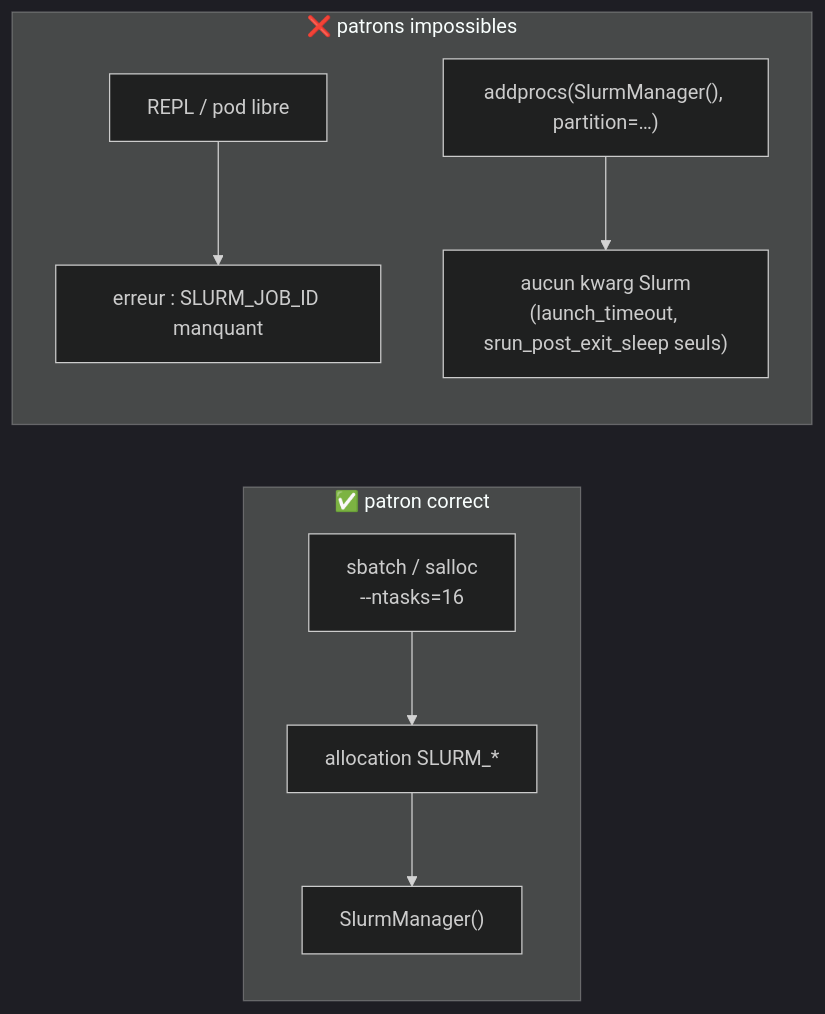
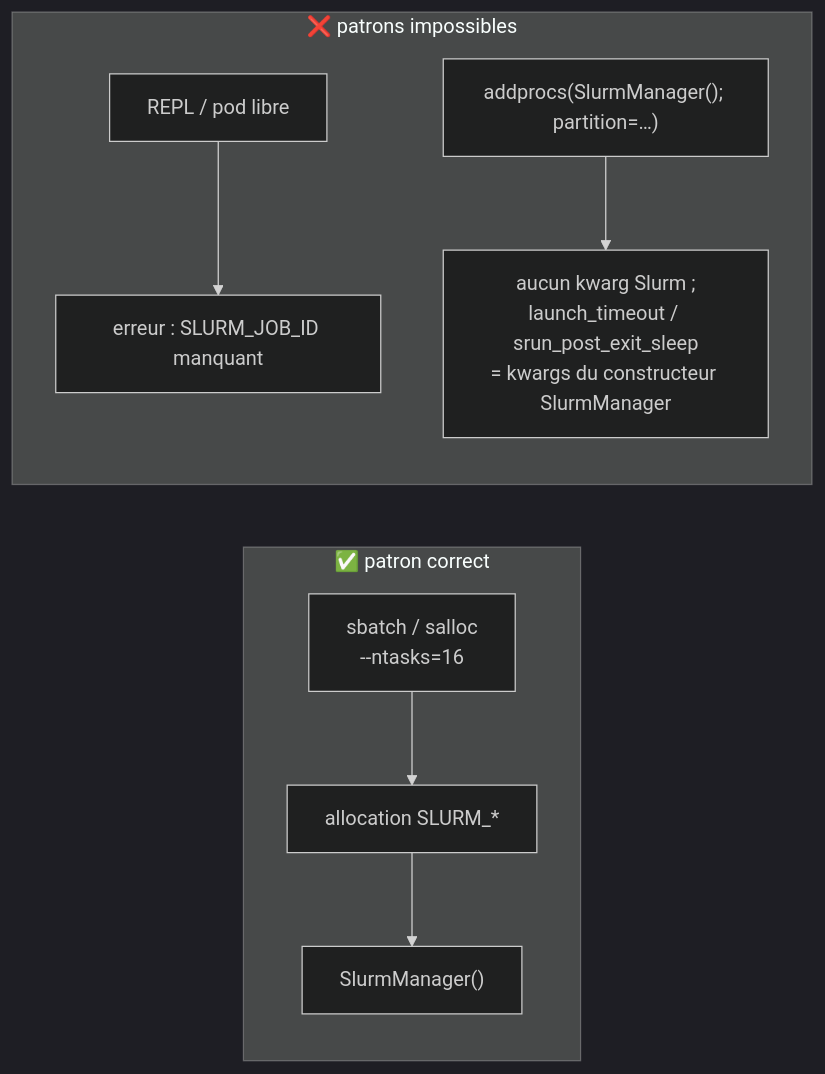
Before and after one commit to deep75/julia-slurm-k8s: the first of 3 diagrams in docs/05-julia-distributed-slurm.md, drawn with Mermaid (dark theme). The commit also changed other lines of this file and 9 other files, not shown here.

````diff
--- a/docs/05-julia-distributed-slurm.md
+++ b/docs/05-julia-distributed-slurm.md
@@ -24,10 +24,10 @@
 ```mermaid
 flowchart LR
     subgraph bon["✅ patron correct"]
         SB["sbatch / salloc<br/>--ntasks=16"] --> AL["allocation SLURM_*"] --> SM["SlurmManager()"]
     end
     subgraph faux["❌ patrons impossibles"]
         RE["REPL / pod libre"] --> X1["erreur : SLURM_JOB_ID manquant"]
-        SMK["addprocs(SlurmManager(), partition=…)"] --> X2["aucun kwarg Slurm<br/>(launch_timeout, srun_post_exit_sleep seuls)"]
+        SMK["addprocs(SlurmManager(); partition=…)"] --> X2["aucun kwarg Slurm ;<br/>launch_timeout / srun_post_exit_sleep<br/>= kwargs du constructeur SlurmManager"]
     end
 ```
````
